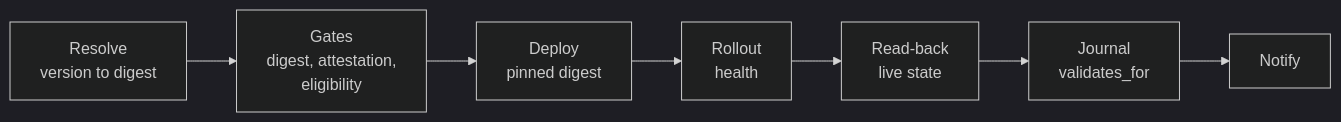
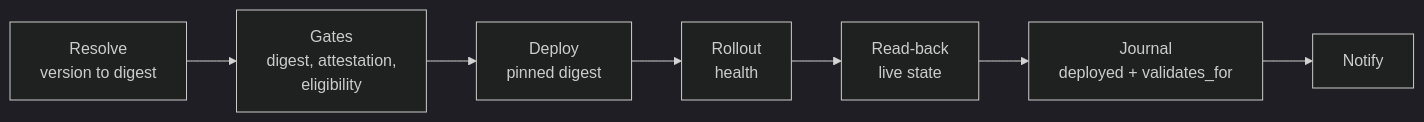
One commit to getbrik/brik changed the second of 2 diagrams in README.md. Above: the diagram before and after it, drawn with Mermaid (dark theme). The commit also changed other lines of this file and 1 other file, not shown here.

````diff
--- a/README.md
+++ b/README.md
@@ -142,9 +142,9 @@
 ```mermaid
 flowchart LR
     resolve["Resolve<br/>version to digest"] --> gates["Gates<br/>digest, attestation,<br/>eligibility"]
     gates --> deploy["Deploy<br/>pinned digest"]
     deploy --> health["Rollout<br/>health"]
     health --> readback["Read-back<br/>live state"]
-    readback --> journal["Journal<br/>validates_for"]
+    readback --> journal["Journal<br/>deployed + validates_for"]
     journal --> notify["Notify"]
 ```
````
